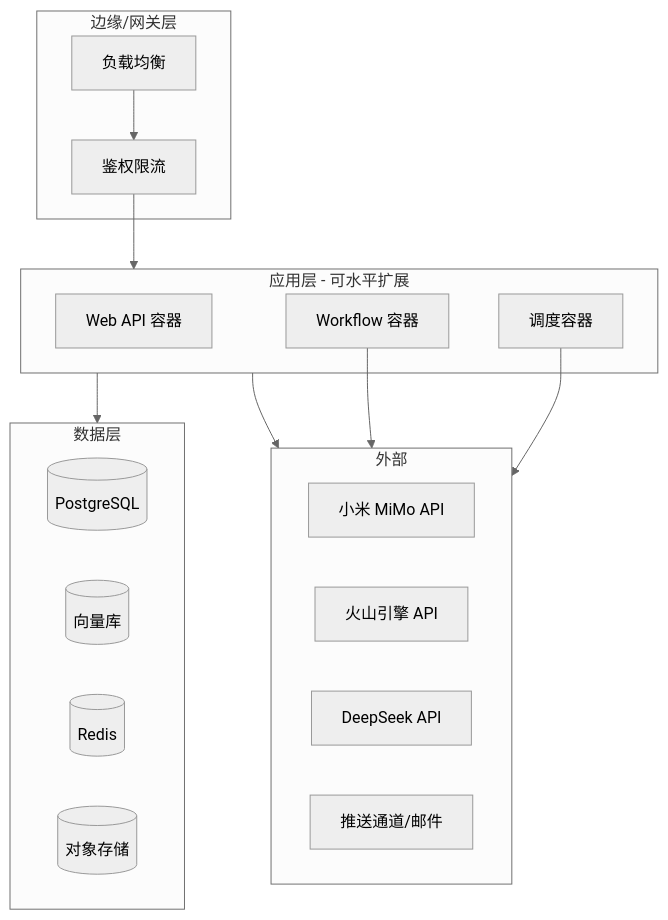
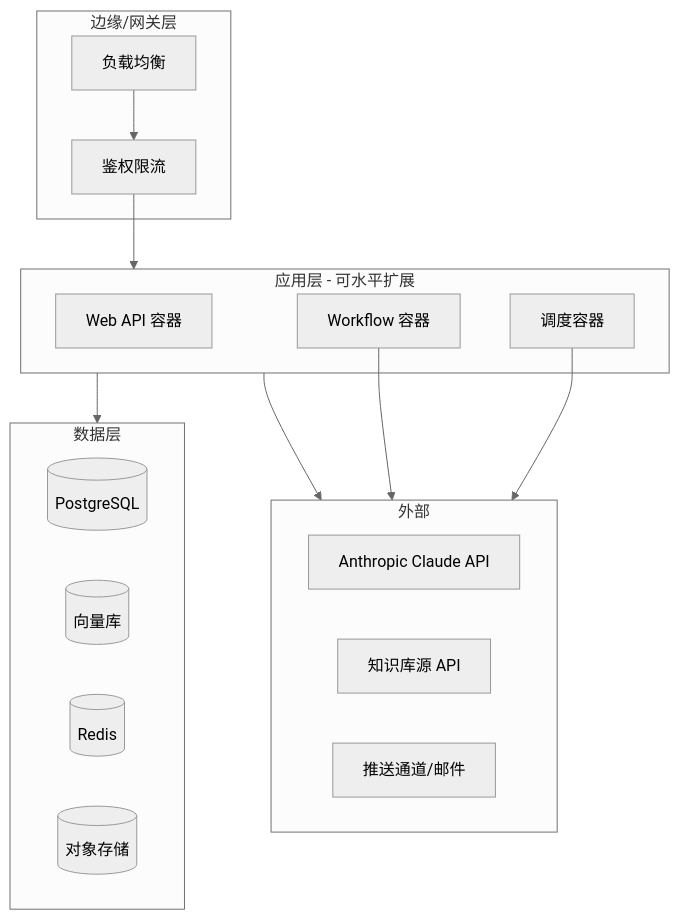
Before and after one commit to Curtainorange/knowledge-agent: the eighth of 8 diagrams in docs/系统设计文档.md, drawn with Mermaid (neutral theme). The commit also changed other lines of this file and 1 other file, not shown here.

First line of the commit message:
docs: 需求分析与系统设计改为单一 Claude 模型架构

````diff
--- a/docs/系统设计文档.md
+++ b/docs/系统设计文档.md
@@ -774,29 +771,28 @@
 ```mermaid
 flowchart TB
     subgraph Edge[边缘/网关层]
         LB[负载均衡]
         Auth[鉴权限流]
     end
     subgraph App[应用层 - 可水平扩展]
         API[Web API 容器]
         Work[Workflow 容器]
         Sched[调度容器]
     end
     subgraph Data[数据层]
         PG[(PostgreSQL)]
         VDB[(向量库)]
         RD[(Redis)]
         OBJ[(对象存储)]
     end
     subgraph Ext[外部]
-        MIMO_API[小米 MiMo API]
-        DB_API[火山引擎 API]
-        DS_API[DeepSeek API]
+        CLAUDE[Anthropic Claude API]
+        KBSRC[知识库源 API]
         PUSH[推送通道/邮件]
     end
     LB --> Auth --> App
     App --> Data
     Work --> Ext
     Sched --> Ext
     App --> Ext
 ```
````
